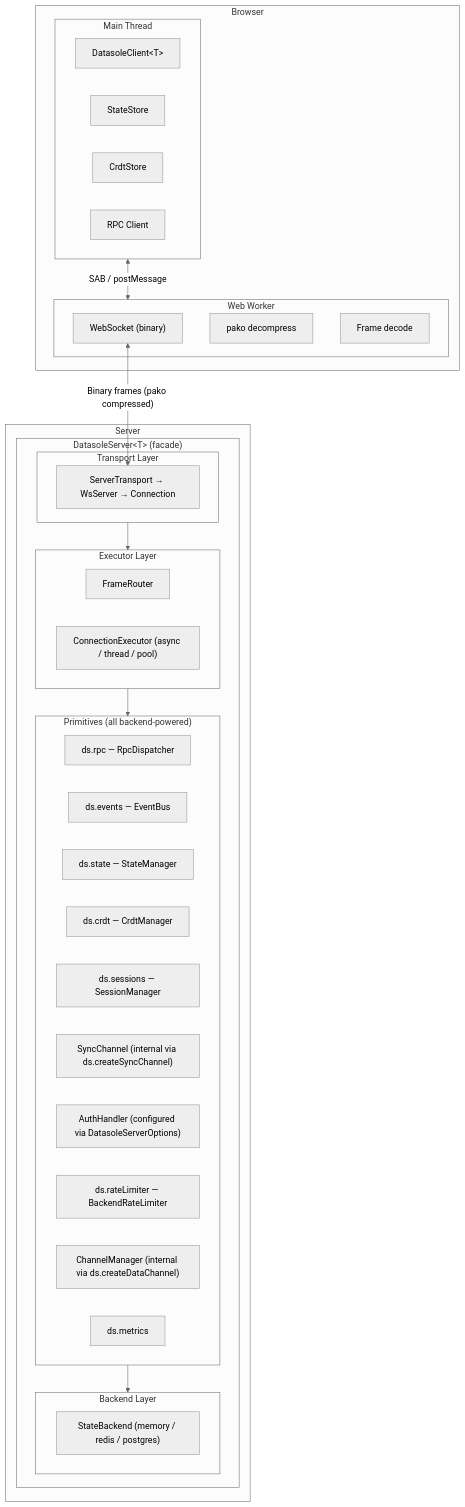
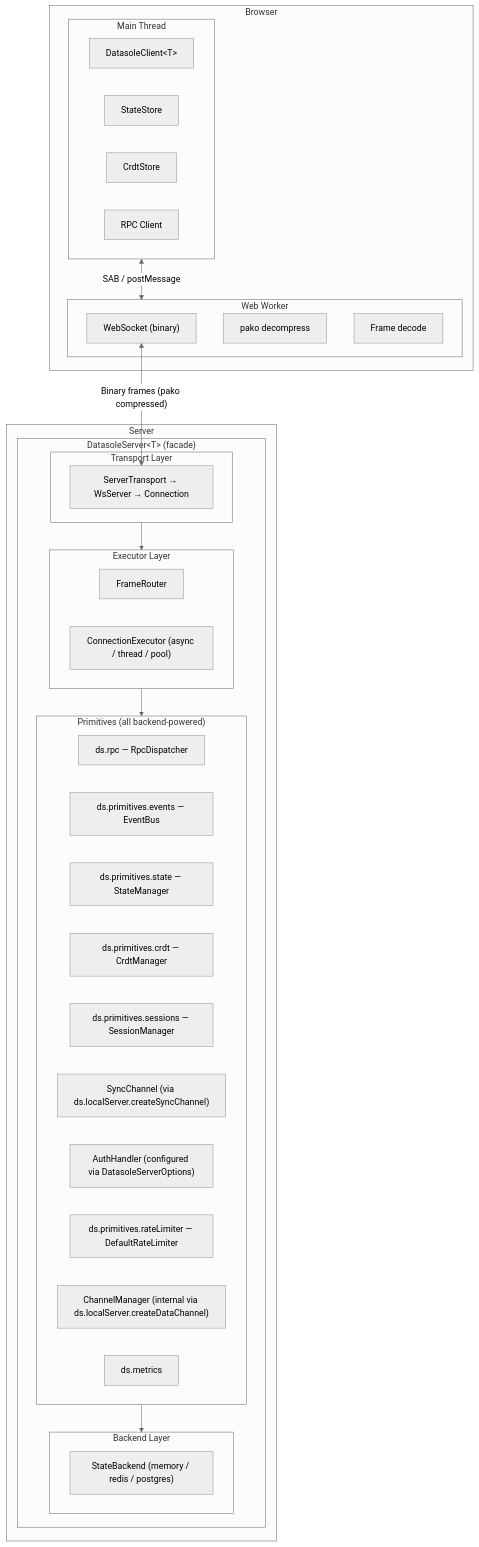
One commit to mayanklahiri/datasole changed the fourth of 6 diagrams in docs/architecture.md. Above: the diagram before and after it, drawn with Mermaid (neutral theme). The commit also changed other lines of this file and 45 other files, not shown here.

````diff
--- a/docs/architecture.md
+++ b/docs/architecture.md
@@ -148,48 +148,48 @@
 ```mermaid
 flowchart TB
     subgraph Browser
         subgraph MT["Main Thread"]
             DC["DatasoleClient&lt;T&gt;"]
             SS[StateStore]
             CS[CrdtStore]
             RC[RPC Client]
         end
         subgraph WW["Web Worker"]
             WS["WebSocket (binary)"]
             PK["pako decompress"]
             FD["Frame decode"]
         end
         MT <-->|"SAB / postMessage"| WW
     end
 
     WS <-->|"Binary frames (pako compressed)"| WSS
 
     subgraph Server
         subgraph DS["DatasoleServer&lt;T&gt; (facade)"]
             subgraph Transport["Transport Layer"]
                 WSS["ServerTransport → WsServer → Connection"]
             end
             subgraph Executor["Executor Layer"]
                 FR["FrameRouter"]
                 EX["ConnectionExecutor (async / thread / pool)"]
             end
             subgraph Backend["Backend Layer"]
                 SBE["StateBackend (memory / redis / postgres)"]
             end
             subgraph Primitives["Primitives (all backend-powered)"]
                 RPCd["ds.rpc — RpcDispatcher"]
-                EB["ds.events — EventBus"]
-                SM["ds.state — StateManager"]
-                CRDT["ds.crdt — CrdtManager"]
-                Sess["ds.sessions — SessionManager"]
-                Sync["SyncChannel (internal via ds.createSyncChannel)"]
+                EB["ds.primitives.events — EventBus"]
+                SM["ds.primitives.state — StateManager"]
+                CRDT["ds.primitives.crdt — CrdtManager"]
+                Sess["ds.primitives.sessions — SessionManager"]
+                Sync["SyncChannel (via ds.localServer.createSyncChannel)"]
                 Auth["AuthHandler (configured via DatasoleServerOptions)"]
-                RLim["ds.rateLimiter — BackendRateLimiter"]
-                DF["ChannelManager (internal via ds.createDataChannel)"]
+                RLim["ds.primitives.rateLimiter — DefaultRateLimiter"]
+                DF["ChannelManager (internal via ds.localServer.createDataChannel)"]
                 Met["ds.metrics"]
             end
             Transport --> Executor --> Primitives
             Primitives --> Backend
         end
     end
 ```
````
